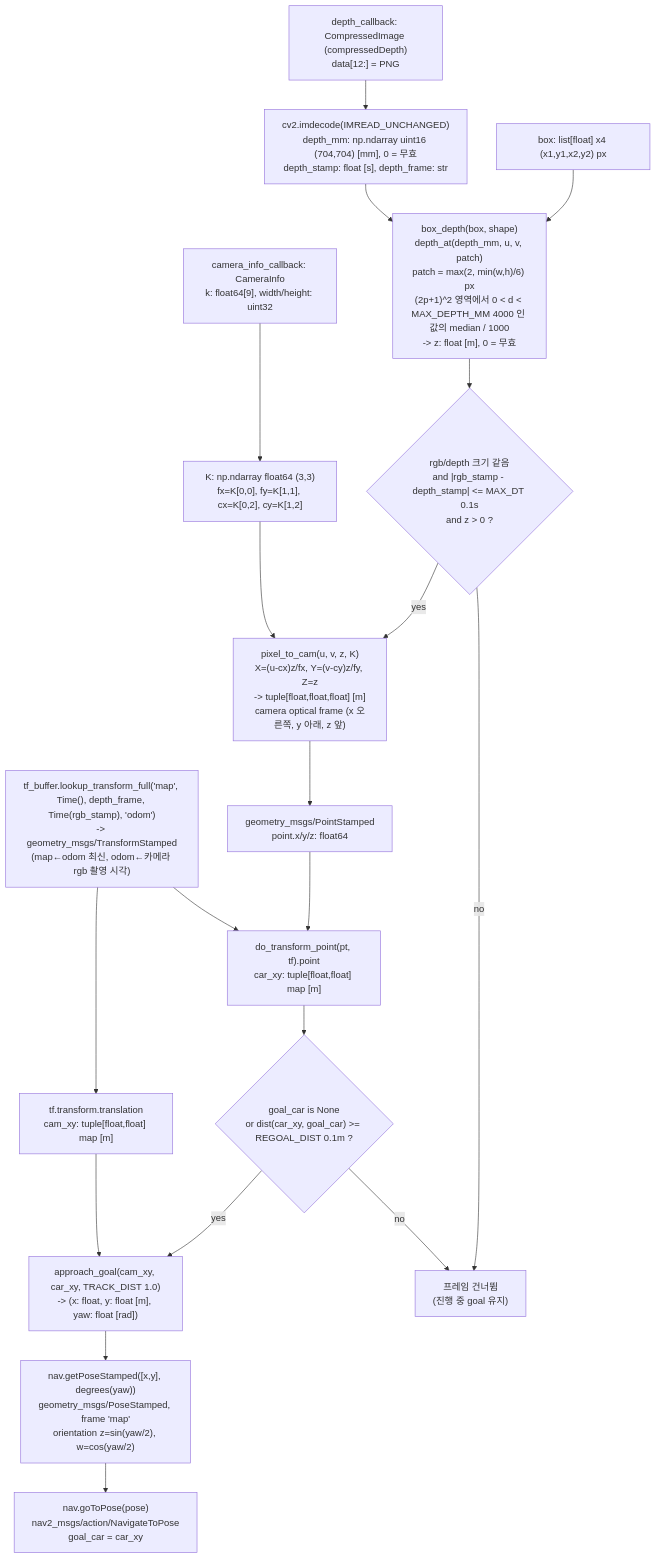
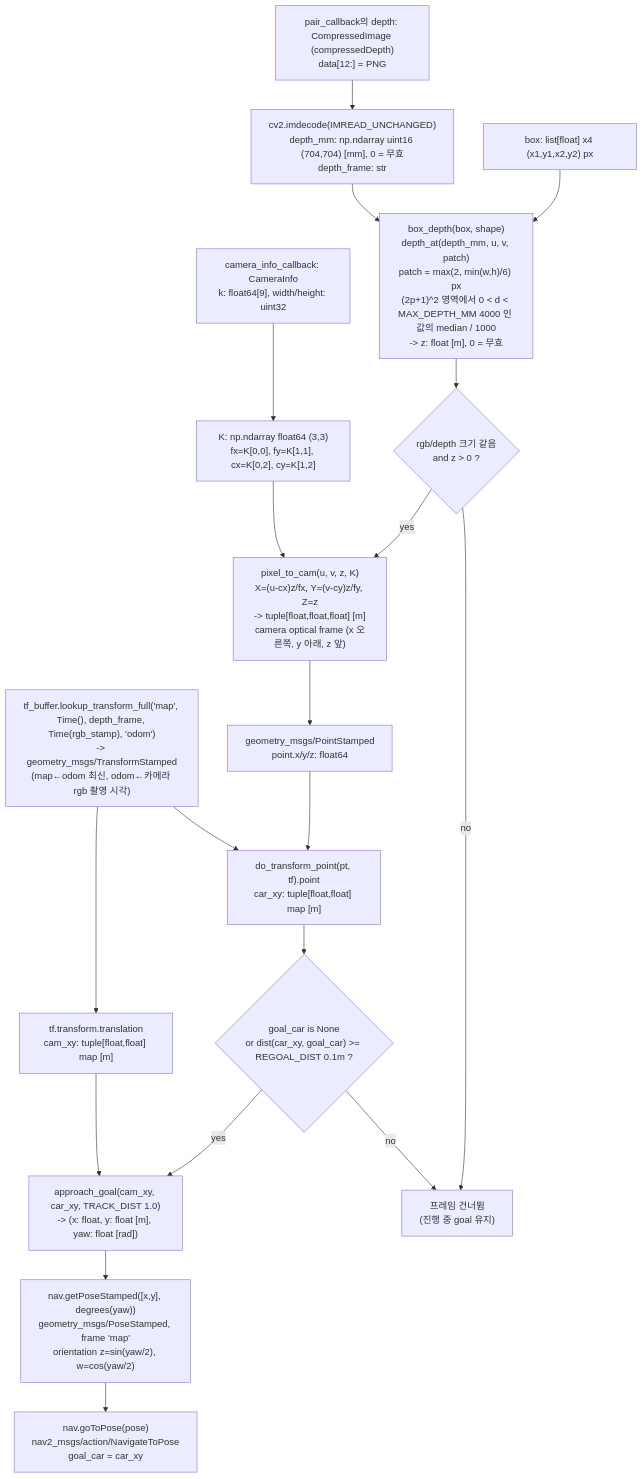
One commit to choicsh/cobot4_ws_miniproject changed the fifth of 7 diagrams in docs/architecture.md. Above: the diagram before and after it, drawn with Mermaid. The commit also changed other lines of this file and 2 other files, not shown here.

First line of the commit message:
perf(mission): rgb-depth를 ApproximateTimeSynchronizer로 짝지어 처리

````diff
--- a/docs/architecture.md
+++ b/docs/architecture.md
@@ -148,21 +149,21 @@
 ```mermaid
 flowchart TD
-    D0["depth_callback: CompressedImage (compressedDepth)<br/>data[12:] = PNG"] --> D1["cv2.imdecode(IMREAD_UNCHANGED)<br/>depth_mm: np.ndarray uint16 (704,704) [mm], 0 = 무효<br/>depth_stamp: float [s], depth_frame: str"]
+    D0["pair_callback의 depth: CompressedImage (compressedDepth)<br/>data[12:] = PNG"] --> D1["cv2.imdecode(IMREAD_UNCHANGED)<br/>depth_mm: np.ndarray uint16 (704,704) [mm], 0 = 무효<br/>depth_frame: str"]
     K0["camera_info_callback: CameraInfo<br/>k: float64[9], width/height: uint32"] --> K1["K: np.ndarray float64 (3,3)<br/>fx=K[0,0], fy=K[1,1], cx=K[0,2], cy=K[1,2]"]
     BOX["box: list[float] x4 (x1,y1,x2,y2) px"] --> Z
     D1 --> Z["box_depth(box, shape)<br/>depth_at(depth_mm, u, v, patch)<br/>patch = max(2, min(w,h)/6) px<br/>(2p+1)^2 영역에서 0 < d < MAX_DEPTH_MM 4000 인 값의 median / 1000<br/>-> z: float [m], 0 = 무효"]
-    Z --> CHK{"rgb/depth 크기 같음<br/>and |rgb_stamp - depth_stamp| <= MAX_DT 0.1s<br/>and z > 0 ?"}
+    Z --> CHK{"rgb/depth 크기 같음<br/>and z > 0 ?"}
     CHK -- no --> SKIP["프레임 건너뜀<br/>(진행 중 goal 유지)"]
     CHK -- yes --> P["pixel_to_cam(u, v, z, K)<br/>X=(u-cx)z/fx, Y=(v-cy)z/fy, Z=z<br/>-> tuple[float,float,float] [m]<br/>camera optical frame (x 오른쪽, y 아래, z 앞)"]
     K1 --> P
     TF0["tf_buffer.lookup_transform_full('map', Time(), depth_frame, Time(rgb_stamp), 'odom')<br/>-> geometry_msgs/TransformStamped<br/>(map←odom 최신, odom←카메라 rgb 촬영 시각)"] --> T
     P --> PS["geometry_msgs/PointStamped<br/>point.x/y/z: float64"]
     PS --> T["do_transform_point(pt, tf).point<br/>car_xy: tuple[float,float] map [m]"]
     TF0 --> CAM["tf.transform.translation<br/>cam_xy: tuple[float,float] map [m]"]
     T --> RG{"goal_car is None<br/>or dist(car_xy, goal_car) >= REGOAL_DIST 0.1m ?"}
     RG -- no --> SKIP
     RG -- yes --> AG["approach_goal(cam_xy, car_xy, TRACK_DIST 1.0)<br/>-> (x: float, y: float [m], yaw: float [rad])"]
     CAM --> AG
     AG --> PO["nav.getPoseStamped([x,y], degrees(yaw))<br/>geometry_msgs/PoseStamped, frame 'map'<br/>orientation z=sin(yaw/2), w=cos(yaw/2)"]
     PO --> GO["nav.goToPose(pose)<br/>nav2_msgs/action/NavigateToPose<br/>goal_car = car_xy"]
 ```
````
